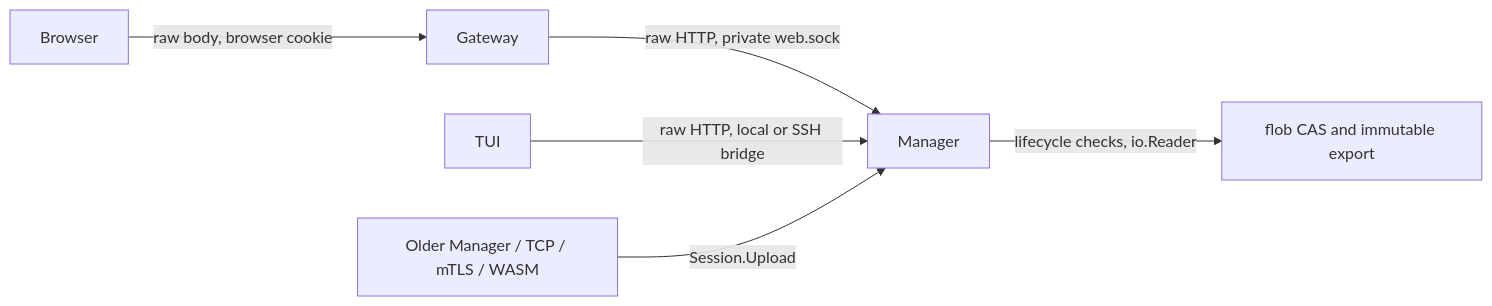
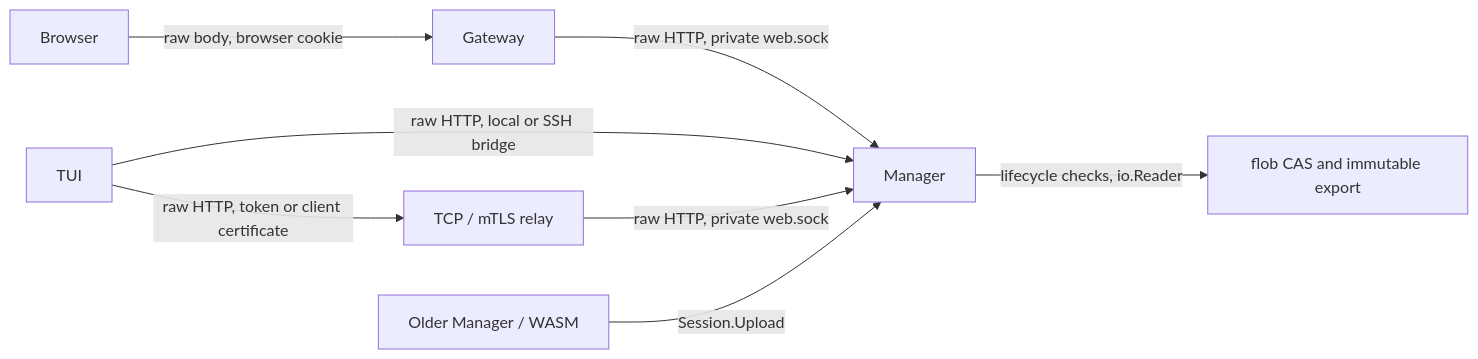
Before and after one commit to lesomnus/cxz: the diagram in docs/attachment-data-path.md, drawn with Mermaid. The commit also changed other lines of this file and 13 other files, not shown here.

````diff
--- a/docs/attachment-data-path.md
+++ b/docs/attachment-data-path.md
@@ -9,8 +9,10 @@
 ```mermaid
 flowchart LR
   Browser -->|raw body, browser cookie| Gateway
   Gateway -->|raw HTTP, private web.sock| Manager
   TUI -->|raw HTTP, local or SSH bridge| Manager
+  TUI -->|raw HTTP, token or client certificate| Relay[TCP / mTLS relay]
+  Relay -->|raw HTTP, private web.sock| Manager
   Manager -->|lifecycle checks, io.Reader| CAS[flob CAS and immutable export]
-  Compatibility[Older Manager / TCP / mTLS / WASM] -->|Session.Upload| Manager
+  Compatibility[Older Manager / WASM] -->|Session.Upload| Manager
 ```
````
